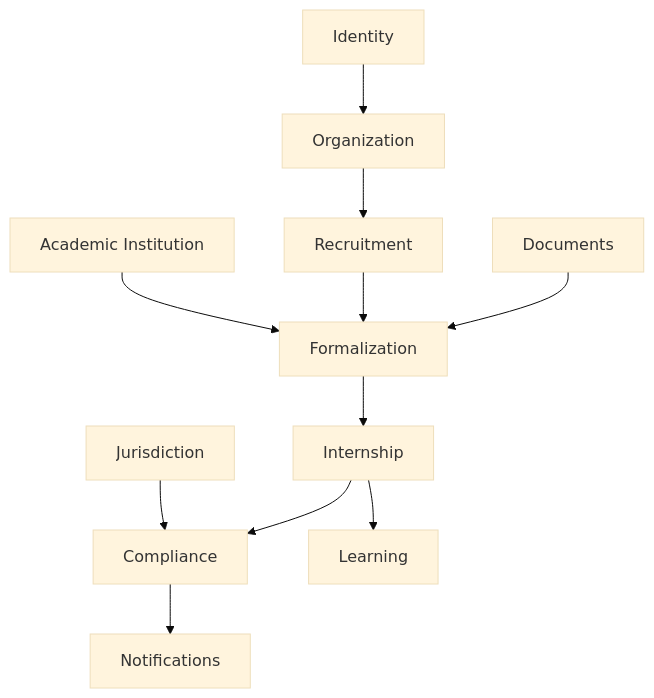
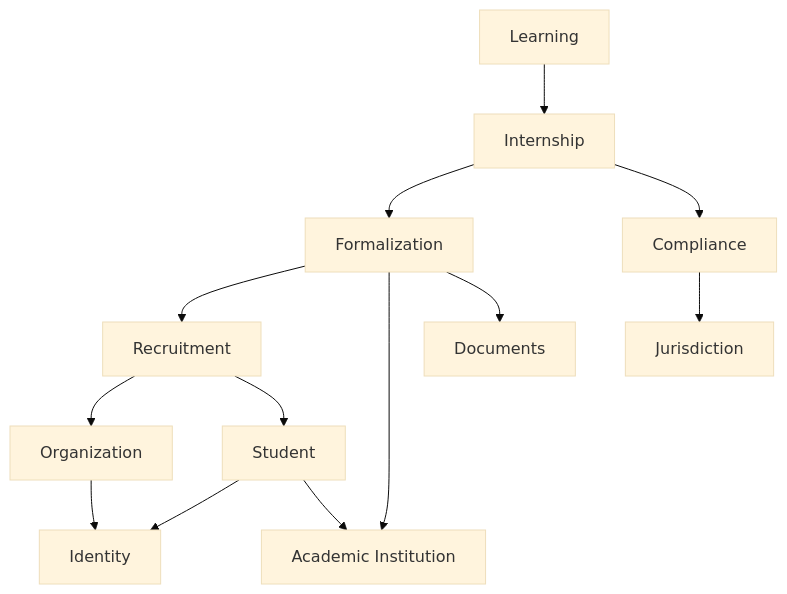
The third of 6 diagrams in docs/ProPractix-V2-MVP-Espana-Especificacion-Arquitectura-y-Tecnica-para-Codex.md (omarjtoscano/propractix-v2), drawn with Mermaid (base theme) before and after one commit. The commit also changed other lines of this file and 14 other files, not shown here.

Commit message:
docs: resolve second Increment 1 architecture review

````diff
--- a/docs/ProPractix-V2-MVP-Espana-Especificacion-Arquitectura-y-Tecnica-para-Codex.md
+++ b/docs/ProPractix-V2-MVP-Espana-Especificacion-Arquitectura-y-Tecnica-para-Codex.md
@@ -202,13 +207,15 @@
 ```mermaid
 flowchart TD
-    ID["Identity"] --> ORG["Organization"]
-    ORG --> REC["Recruitment"]
-    INST["Academic Institution"] --> FORM["Formalization"]
-    REC --> FORM
-    FORM --> INT["Internship"]
-    JUR["Jurisdiction"] --> COMP["Compliance"]
-    INT --> COMP
-    INT --> LEARN["Learning"]
-    DOC["Documents"] --> FORM
-    COMP --> NOTIF["Notifications"]
+    ORG["Organization"] --> ID["Identity"]
+    STU["Student"] --> ID
+    STU --> INST["Academic Institution"]
+    REC["Recruitment"] --> ORG
+    REC --> STU
+    FORM["Formalization"] --> REC
+    FORM --> INST
+    INT["Internship"] --> FORM
+    INT --> COMP["Compliance"]
+    COMP --> JUR["Jurisdiction"]
+    LEARN["Learning"] --> INT
+    FORM --> DOC["Documents"]
 ```
````
